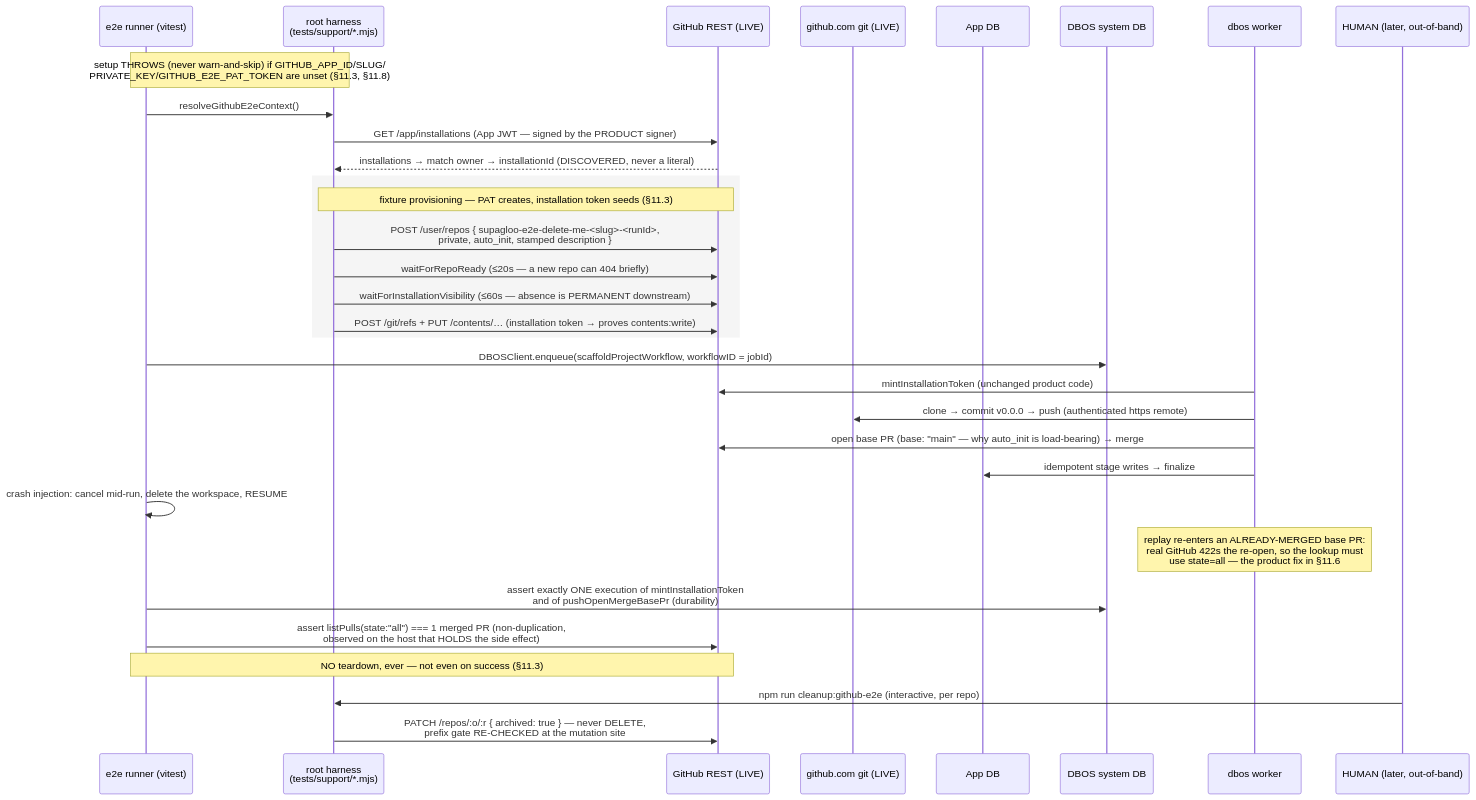
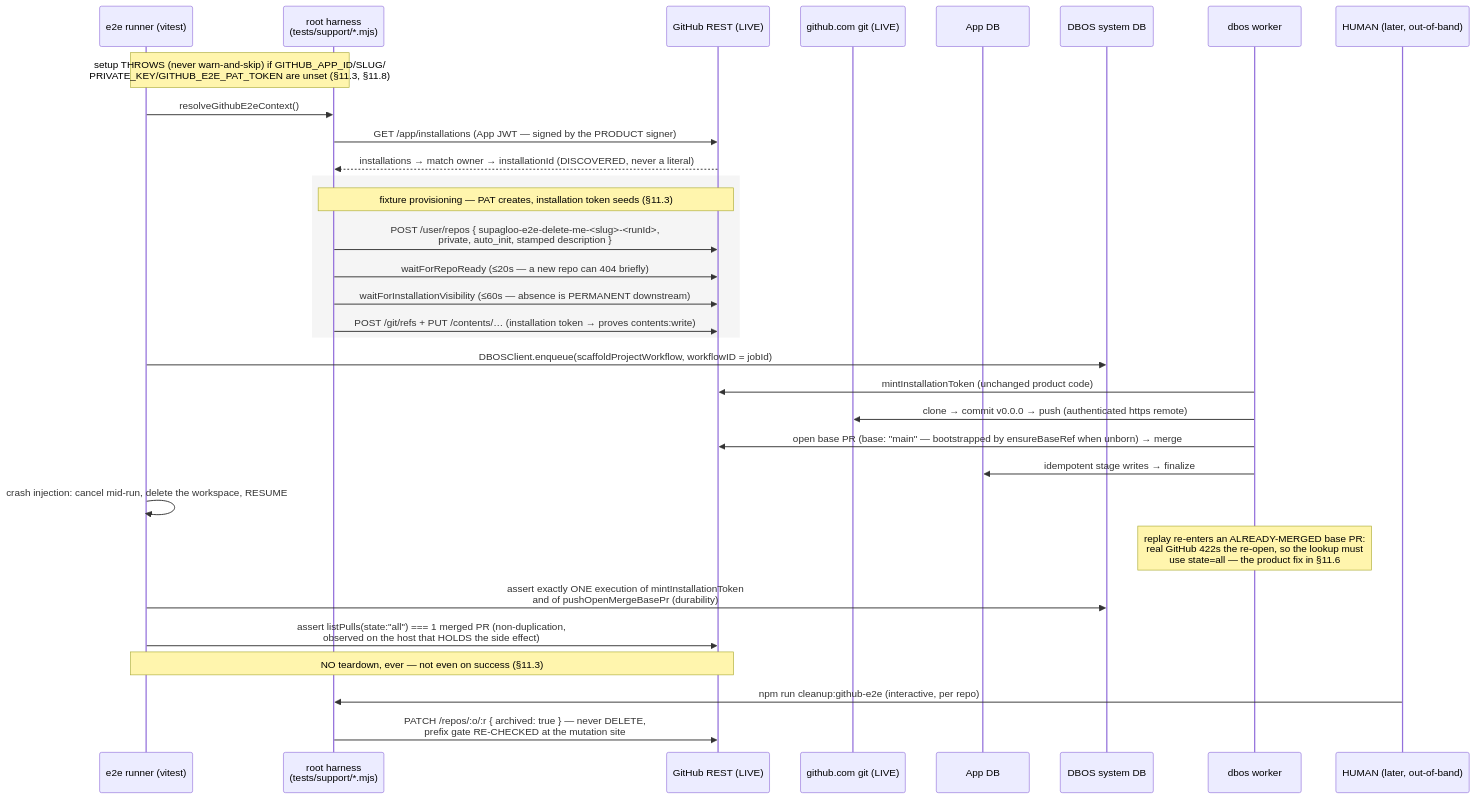
Before and after one commit to ashtable/supagloo: the eighth of 8 diagrams in docs/design-delta.md, drawn with Mermaid. The commit also changed other lines of this file and 10 other files, not shown here.

````diff
--- a/docs/design-delta.md
+++ b/docs/design-delta.md
@@ -957,39 +990,39 @@
 ```mermaid
 sequenceDiagram
     participant T as e2e runner (vitest)
     participant H as root harness<br/>(tests/support/*.mjs)
     participant GH as GitHub REST (LIVE)
     participant GIT as github.com git (LIVE)
     participant DB as App DB
     participant SYS as DBOS system DB
     participant W as dbos worker
     participant HU as HUMAN (later, out-of-band)
 
     Note over T,H: setup THROWS (never warn-and-skip) if GITHUB_APP_ID/SLUG/<br/>PRIVATE_KEY/GITHUB_E2E_PAT_TOKEN are unset (§11.3, §11.8)
     T->>H: resolveGithubE2eContext()
     H->>GH: GET /app/installations (App JWT — signed by the PRODUCT signer)
     GH-->>H: installations → match owner → installationId (DISCOVERED, never a literal)
 
     rect rgb(245,245,245)
         Note over H,GH: fixture provisioning — PAT creates, installation token seeds (§11.3)
         H->>GH: POST /user/repos { supagloo-e2e-delete-me-<slug>-<runId>,<br/>private, auto_init, stamped description }
         H->>GH: waitForRepoReady (≤20s — a new repo can 404 briefly)
         H->>GH: waitForInstallationVisibility (≤60s — absence is PERMANENT downstream)
         H->>GH: POST /git/refs + PUT /contents/… (installation token → proves contents:write)
     end
 
     T->>SYS: DBOSClient.enqueue(scaffoldProjectWorkflow, workflowID = jobId)
     W->>GH: mintInstallationToken (unchanged product code)
     W->>GIT: clone → commit v0.0.0 → push (authenticated https remote)
-    W->>GH: open base PR (base: "main" — why auto_init is load-bearing) → merge
+    W->>GH: open base PR (base: "main" — bootstrapped by ensureBaseRef when unborn) → merge
     W->>DB: idempotent stage writes → finalize
 
     T->>T: crash injection: cancel mid-run, delete the workspace, RESUME
     Note over W: replay re-enters an ALREADY-MERGED base PR:<br/>real GitHub 422s the re-open, so the lookup must<br/>use state=all — the product fix in §11.6
     T->>SYS: assert exactly ONE execution of mintInstallationToken<br/>and of pushOpenMergeBasePr (durability)
     T->>GH: assert listPulls(state:"all") === 1 merged PR (non-duplication,<br/>observed on the host that HOLDS the side effect)
 
     Note over T,GH: NO teardown, ever — not even on success (§11.3)
     HU->>H: npm run cleanup:github-e2e (interactive, per repo)
     H->>GH: PATCH /repos/:o/:r { archived: true } — never DELETE,<br/>prefix gate RE-CHECKED at the mutation site
 ```
````
